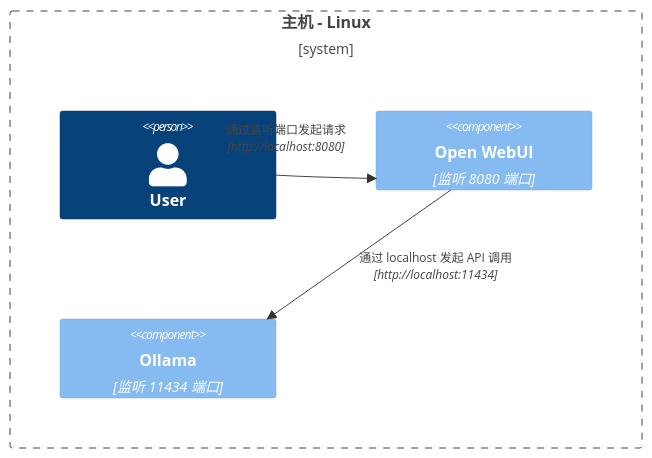
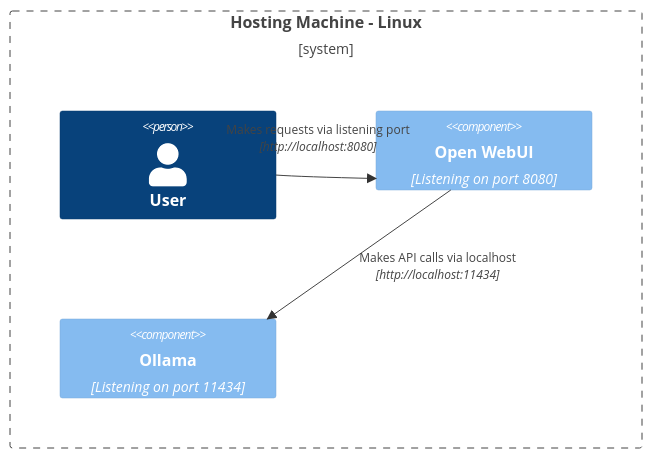
Before and after one commit to SMYQH/openwebuidocs: the eighth of 8 diagrams in zh-cn/docs/reference/network-diagrams.mdx, drawn with Mermaid. The commit also changed other lines of this file and 116 other files, not shown here.

````diff
--- a/zh-cn/docs/reference/network-diagrams.mdx
+++ b/zh-cn/docs/reference/network-diagrams.mdx
@@ -182,11 +182,11 @@
 ```mermaid
 C4Context
-Boundary(b0, "主机 - Linux") {
+Boundary(b0, "Hosting Machine - Linux") {
    Person(user, "User")
-   Component(openwebui, "Open WebUI", "监听 8080 端口")
-   Component(ollama, "Ollama", "监听 11434 端口")
+   Component(openwebui, "Open WebUI", "Listening on port 8080")
+   Component(ollama, "Ollama", "Listening on port 11434")
 }
-Rel(openwebui, ollama, "通过 localhost 发起 API 调用", "http://localhost:11434")
-Rel(user, openwebui, "通过监听端口发起请求", "http://localhost:8080")
+Rel(openwebui, ollama, "Makes API calls via localhost", "http://localhost:11434")
+Rel(user, openwebui, "Makes requests via listening port", "http://localhost:8080")
 UpdateRelStyle(user, openwebui, $offsetX="-100", $offsetY="-50")
 ```
````
